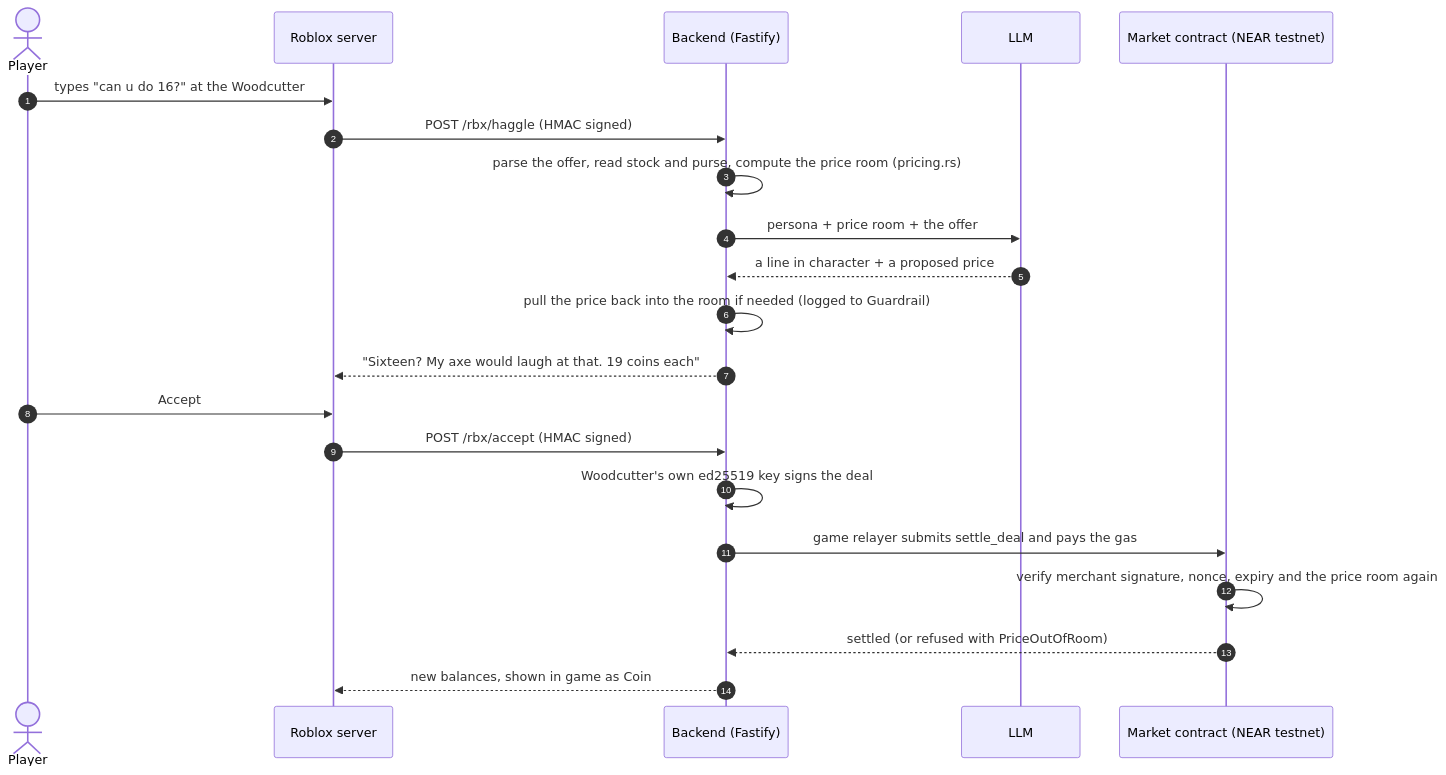
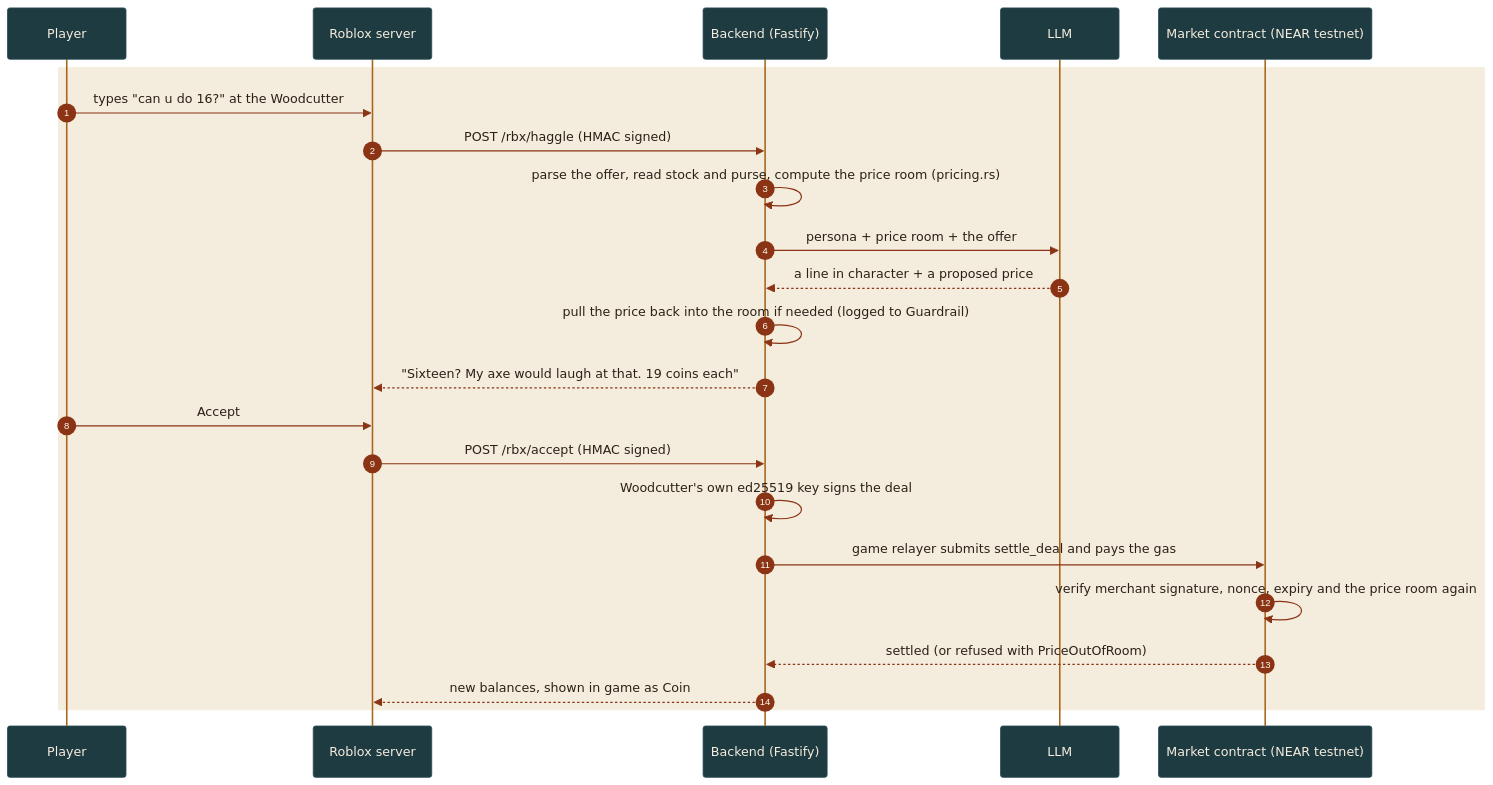
Before and after one commit to woydarko/haggle-town: the first of 2 diagrams in README.md, drawn with Mermaid. The commit also changed other lines of this file, not shown here.

First line of the commit message:
docs: README diagrams in the game's palette, demo video link

````diff
--- a/README.md
+++ b/README.md
@@ -100,23 +101,26 @@
 ```mermaid
+%%{init: {'theme':'base','themeVariables':{'fontFamily':'Georgia, serif','actorBkg':'#1F3B42','actorBorder':'#284A52','actorTextColor':'#F4ECDD','actorLineColor':'#A8661C','signalColor':'#8A3415','signalTextColor':'#2B2118','sequenceNumberColor':'#FFF9EE','labelBoxBkgColor':'#1F3B42','labelTextColor':'#F4ECDD'}}}%%
 sequenceDiagram
     autonumber
-    actor P as Player
+    participant P as Player
     participant G as Roblox server
     participant B as Backend (Fastify)
     participant L as LLM
     participant C as Market contract (NEAR testnet)
+    rect rgb(244, 236, 221)
     P->>G: types "can u do 16?" at the Woodcutter
     G->>B: POST /rbx/haggle (HMAC signed)
     B->>B: parse the offer, read stock and purse, compute the price room (pricing.rs)
     B->>L: persona + price room + the offer
     L-->>B: a line in character + a proposed price
     B->>B: pull the price back into the room if needed (logged to Guardrail)
     B-->>G: "Sixteen? My axe would laugh at that. 19 coins each"
     P->>G: Accept
     G->>B: POST /rbx/accept (HMAC signed)
     B->>B: Woodcutter's own ed25519 key signs the deal
     B->>C: game relayer submits settle_deal and pays the gas
     C->>C: verify merchant signature, nonce, expiry and the price room again
     C-->>B: settled (or refused with PriceOutOfRoom)
     B-->>G: new balances, shown in game as Coin
+    end
 ```
````
